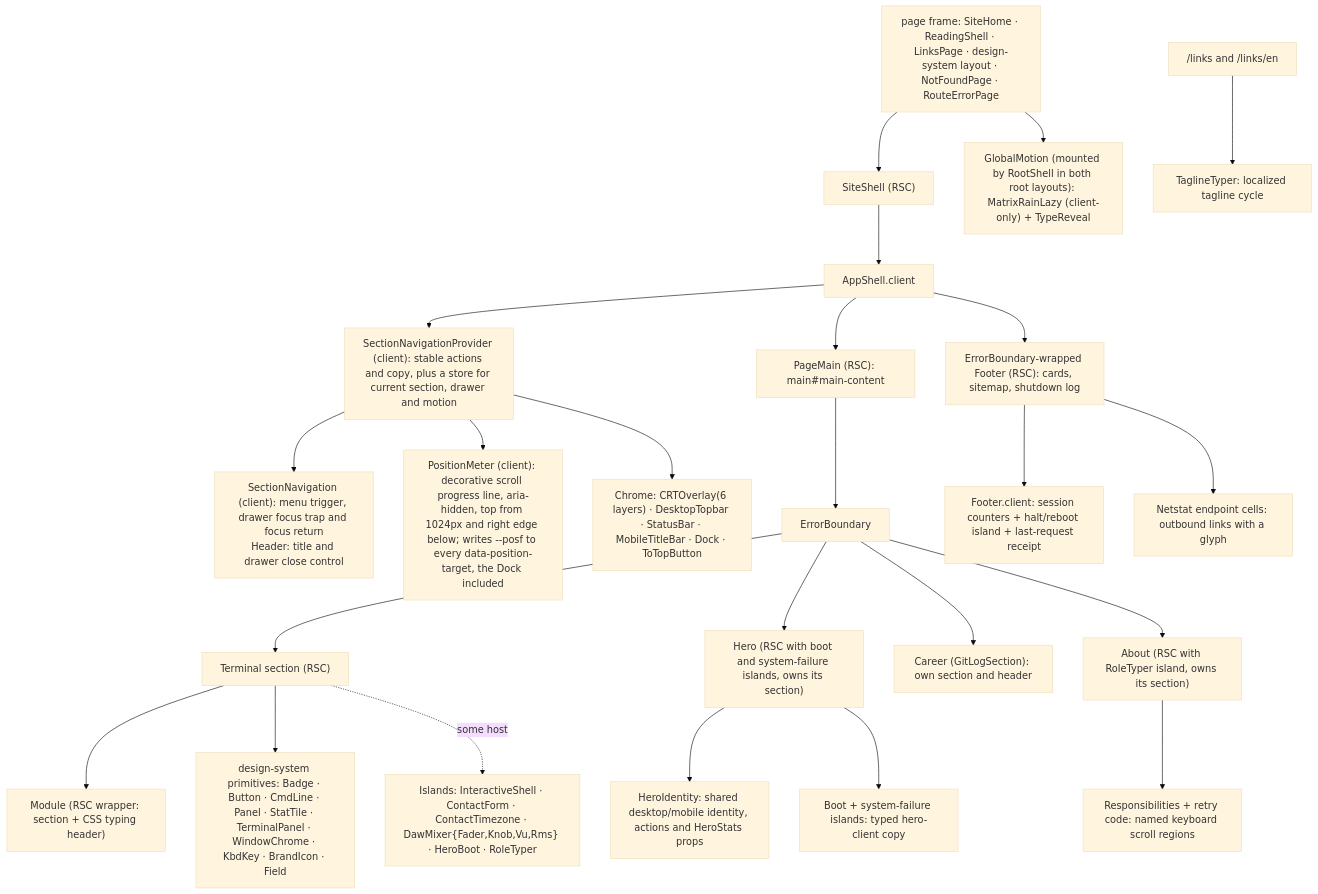
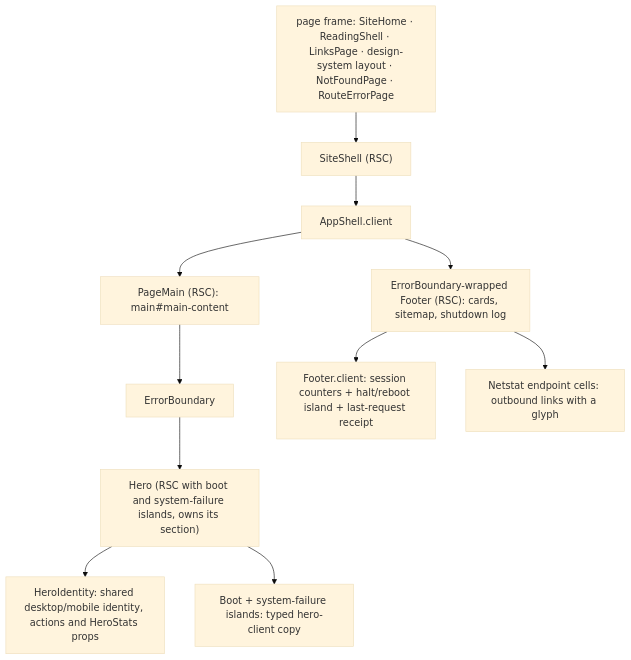
One commit to erikunha/portfolio changed the first of 5 diagrams in docs/04-components-and-state.md. Above: the diagram before and after it, drawn with Mermaid (base theme). The commit also changed other lines of this file and 75 other files, not shown here.

````diff
--- a/docs/04-components-and-state.md
+++ b/docs/04-components-and-state.md
@@ -49,25 +53,12 @@
 ```mermaid
 flowchart TD
     page["page frame: SiteHome · ReadingShell · LinksPage · design-system layout · NotFoundPage · RouteErrorPage"] --> siteshell["SiteShell (RSC)"] --> shell["AppShell.client"]
-    shell --> navigation["SectionNavigationProvider (client): stable actions and copy, plus a store for current section, drawer and motion"]
-    navigation --> rail["SectionNavigation (client): menu trigger, drawer focus trap and focus return<br/>Header: title and drawer close control"]
-    navigation --> position["PositionMeter (client): decorative scroll progress line, aria-hidden, top from 1024px and right edge below; writes --posf to every data-position-target, the Dock included"]
-    navigation --> chrome["Chrome: CRTOverlay(6 layers) · DesktopTopbar · StatusBar · MobileTitleBar · Dock · ToTopButton"]
-    page --> gm["GlobalMotion (mounted by RootShell in both root layouts): MatrixRainLazy (client-only) + TypeReveal"]
     shell --> main["PageMain (RSC): main#main-content"]
     main --> eb["ErrorBoundary"]
-    eb --> sec["Terminal section (RSC)"]
-    sec --> mod["Module (RSC wrapper: section + CSS typing header)"]
-    sec --> dsp["design-system primitives: Badge · Button · CmdLine · Panel · StatTile · TerminalPanel · WindowChrome · KbdKey · BrandIcon · Field"]
-    sec -. some host .-> isl["Islands: InteractiveShell · ContactForm · ContactTimezone · DawMixer{Fader,Knob,Vu,Rms} · HeroBoot · RoleTyper"]
     eb --> hero["Hero (RSC with boot and system-failure islands, owns its section)"]
     hero --> identity["HeroIdentity: shared desktop/mobile identity, actions and HeroStats props"]
     hero --> clientcopy["Boot + system-failure islands: typed hero-client copy"]
-    eb --> career["Career (GitLogSection): own section and header"]
-    eb --> about["About (RSC with RoleTyper island, owns its section)"]
-    about --> scroll["Responsibilities + retry code: named keyboard scroll regions"]
     shell --> fl["ErrorBoundary-wrapped Footer (RSC): cards, sitemap, shutdown log"]
     fl --> fi["Footer.client: session counters + halt/reboot island + last-request receipt"]
     fl --> fc["Netstat endpoint cells: outbound links with a glyph"]
-    links["/links and /links/en"] --> tagline["TaglineTyper: localized tagline cycle"]
 ```
````
